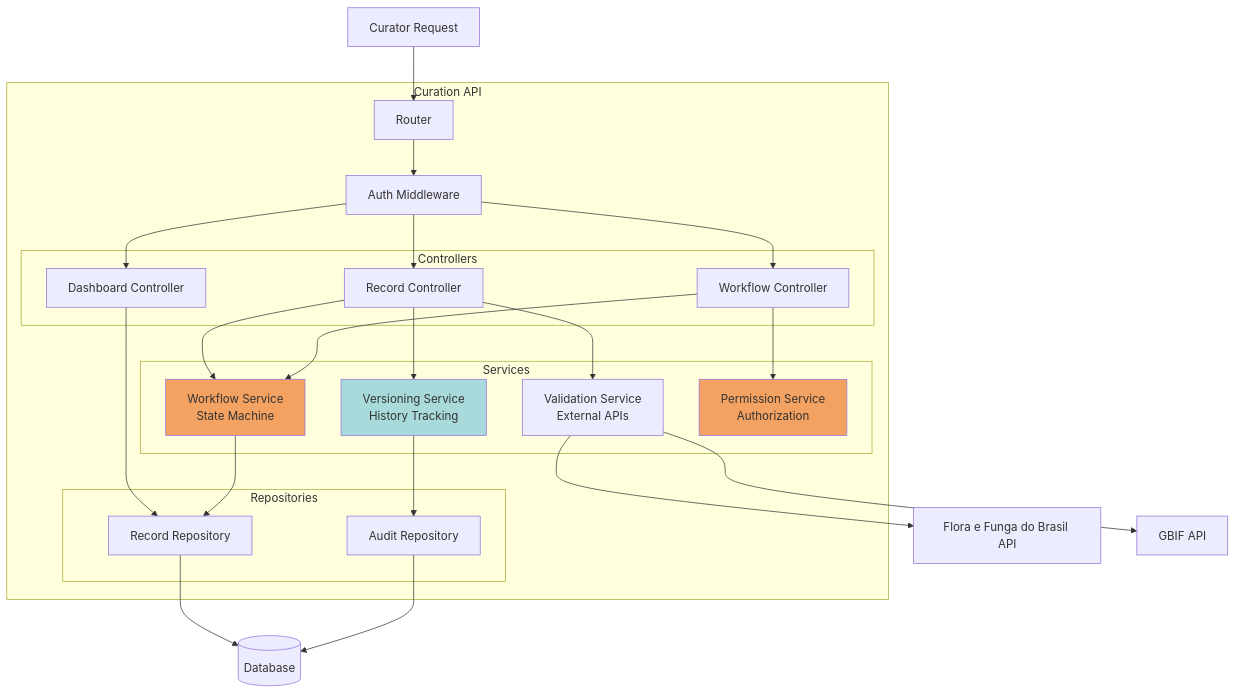
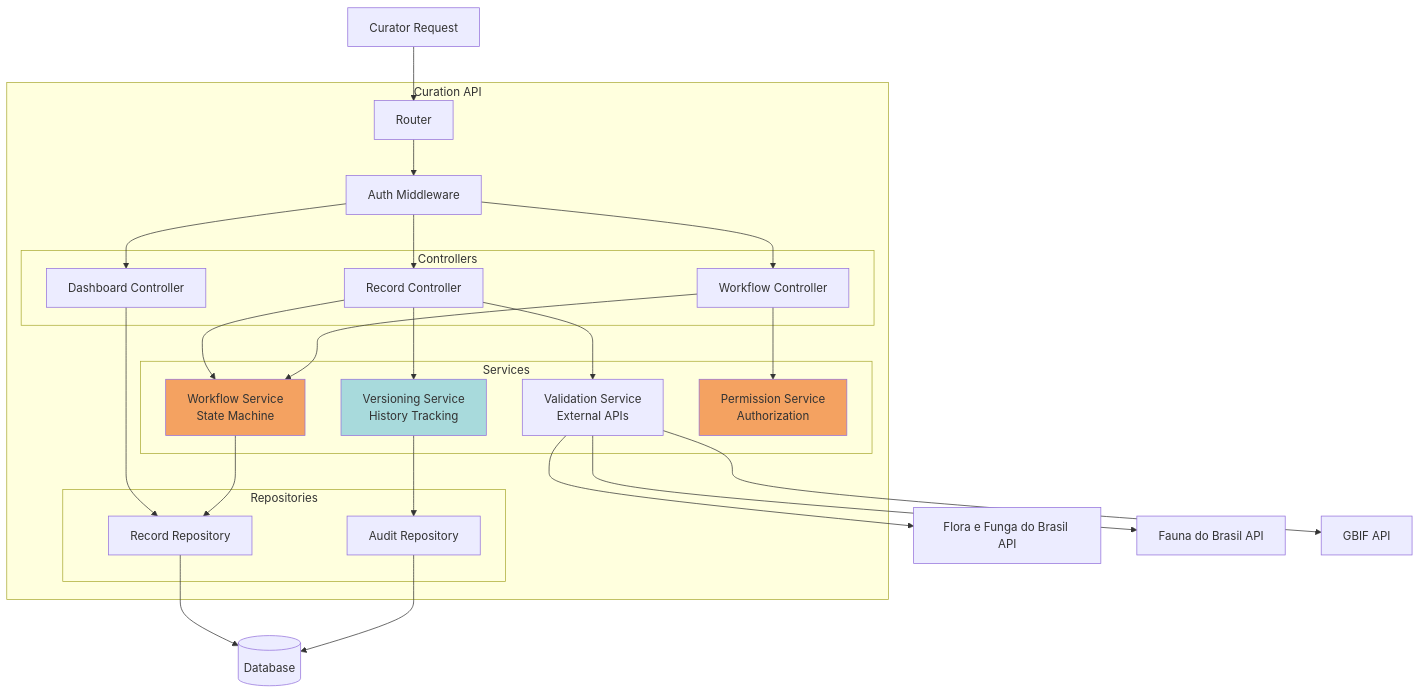
The third of 5 diagrams in docs/c4-model/03-component-diagram.md (edalcin/etnoArquitetura), drawn with Mermaid before and after one commit. The commit also changed other lines of this file and 4 other files, not shown here.

````diff
--- a/docs/c4-model/03-component-diagram.md
+++ b/docs/c4-model/03-component-diagram.md
@@ -357,51 +357,52 @@
 ```mermaid
 graph TB
     subgraph "Curation API"
         ROUTER2[Router]
         AUTH2[Auth Middleware]
 
         subgraph "Controllers"
             DC[Dashboard Controller]
             REC[Record Controller]
             WF[Workflow Controller]
         end
 
         subgraph "Services"
             WFS[Workflow Service<br/>State Machine]
             VS2[Validation Service<br/>External APIs]
             VERS[Versioning Service<br/>History Tracking]
             PERM[Permission Service<br/>Authorization]
         end
 
         subgraph "Repositories"
             RR2[Record Repository]
             AR[Audit Repository]
         end
     end
 
     EXT_REQ2[Curator Request] --> ROUTER2
     ROUTER2 --> AUTH2
     AUTH2 --> DC
     AUTH2 --> REC
     AUTH2 --> WF
 
     DC --> RR2
     REC --> WFS
     REC --> VS2
     REC --> VERS
     WF --> WFS
     WF --> PERM
 
     WFS --> RR2
     VERS --> AR
 
     VS2 --> FLORA[Flora e Funga do Brasil API]
+    VS2 --> FAUNA[Fauna do Brasil API]
     VS2 --> GBIF[GBIF API]
 
     RR2 --> DB2[(Database)]
     AR --> DB2
 
     style WFS fill:#f4a261
     style VERS fill:#a8dadc
     style PERM fill:#f4a261
 ```
````
